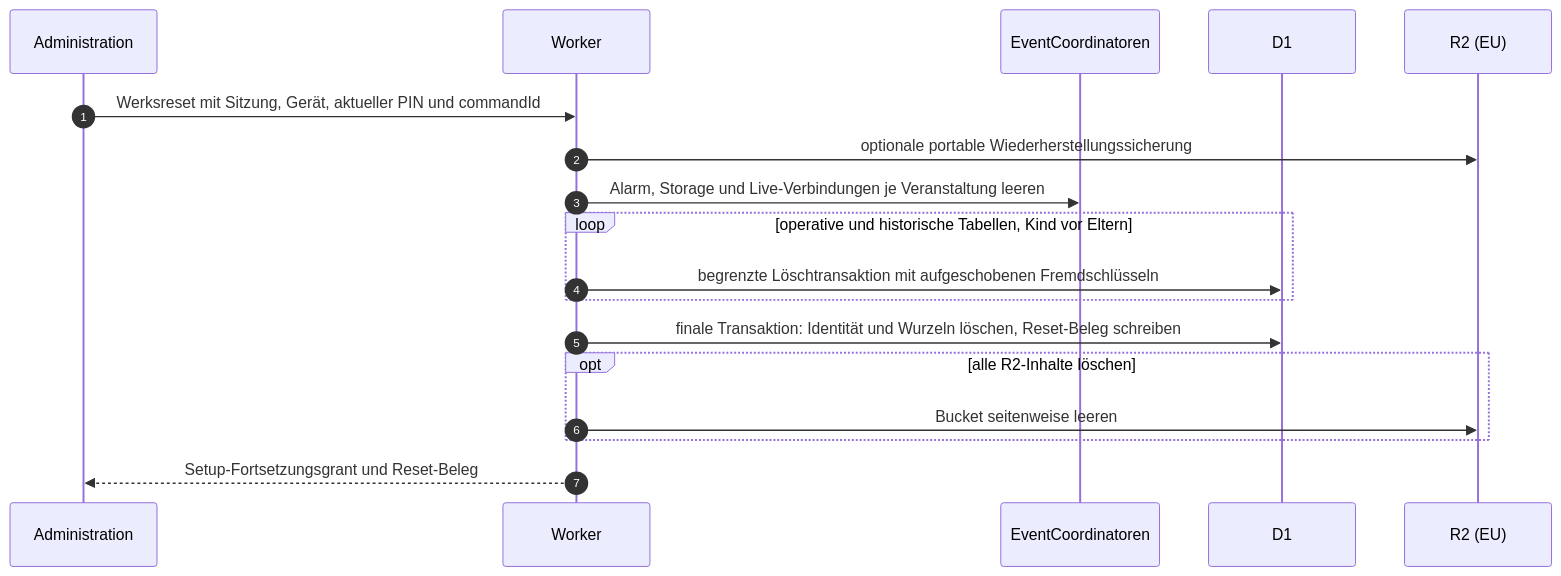
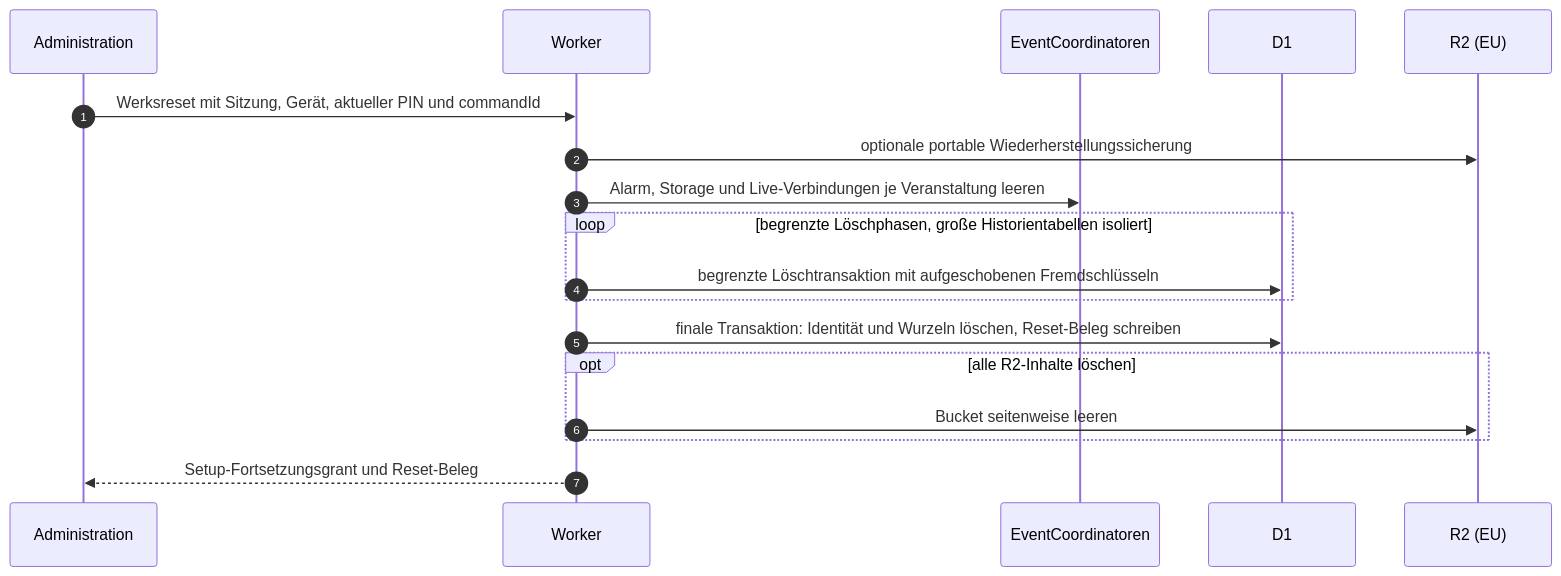
One commit to aguther/rundflug-leitstand changed the eighth of 8 diagrams in docs/arc42/06-laufzeitsicht.md. Above: the diagram before and after it, drawn with Mermaid. The commit also changed 6 other files, not shown here.

````diff
--- a/docs/arc42/06-laufzeitsicht.md
+++ b/docs/arc42/06-laufzeitsicht.md
@@ -225,21 +225,21 @@
 ```mermaid
 sequenceDiagram
     autonumber
     participant A as Administration
     participant W as Worker
     participant DO as EventCoordinatoren
     participant D as D1
     participant R as R2 (EU)
 
     A->>W: Werksreset mit Sitzung, Gerät, aktueller PIN und commandId
     W->>R: optionale portable Wiederherstellungssicherung
     W->>DO: Alarm, Storage und Live-Verbindungen je Veranstaltung leeren
-    loop operative und historische Tabellen, Kind vor Eltern
+    loop begrenzte Löschphasen, große Historientabellen isoliert
         W->>D: begrenzte Löschtransaktion mit aufgeschobenen Fremdschlüsseln
     end
     W->>D: finale Transaktion: Identität und Wurzeln löschen, Reset-Beleg schreiben
     opt alle R2-Inhalte löschen
         W->>R: Bucket seitenweise leeren
     end
     W-->>A: Setup-Fortsetzungsgrant und Reset-Beleg
 ```
````
